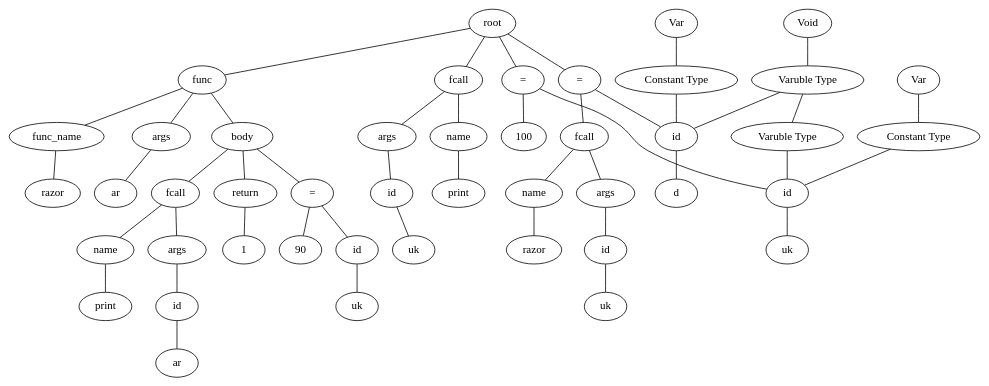
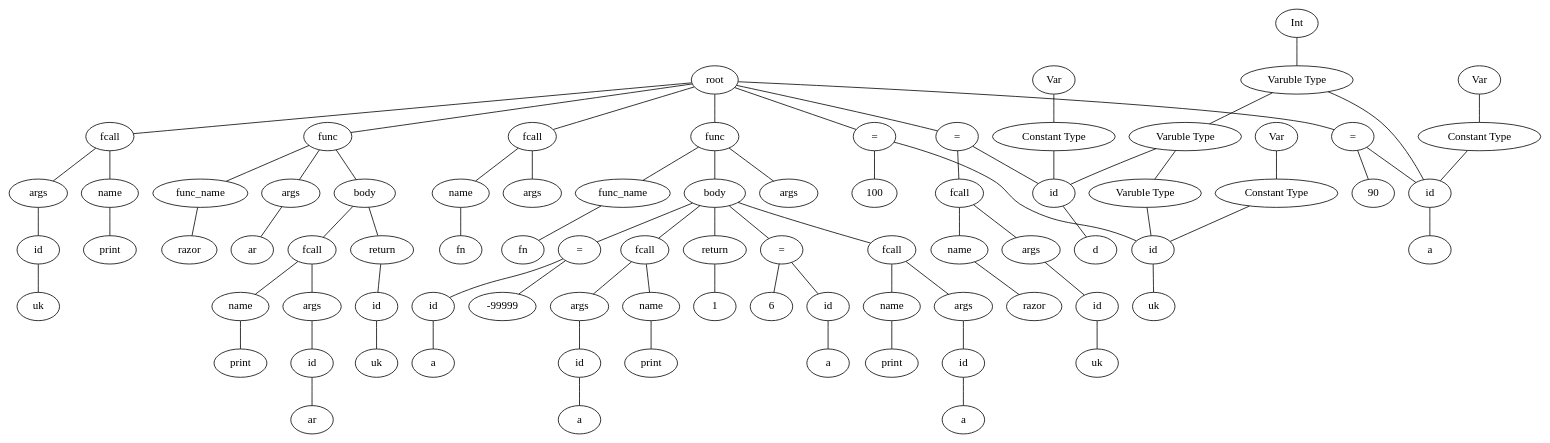
One commit to TAIIOK/SwiftCompilerToJavaByteCode changed the diagram in build/file.dot. Above: the diagram before and after it, drawn with Graphviz. The commit also changed 7 other files, not shown here.

```diff
--- a/build/file.dot
+++ b/build/file.dot
@@ -1,93 +1,165 @@
 graph graphname {
 root;
 func0[label = "func"];
 root--func0;
 func0name[label = "func_name"];
 expr0[label = "razor"];
 func0name--expr0;
 func0--func0name;
 func0args[label = " args "];
 func0 -- func0args;
 expr1[label = "ar"];
 func0args--expr1;
 func0body[label = " body "];
 func0 -- func0body;
-assign0[label = "="];
-func0body--assign0;
-expr2[label = "id"];
-assign0--expr2;
-expr3[label = "uk"];
-expr2--expr3;
-expr4[label = "90"];
-assign0--expr4;
-expr5[label = "fcall"];
-func0body--expr5;
-expr5name[label = "name"];
-expr6[label = "print"];
-expr5name--expr6;
-expr5--expr5name;
-expr5args[label = " args "];
-expr5 -- expr5args;
-expr7[label = "id"];
-expr5args--expr7;
-expr8[label = "ar"];
-expr7--expr8;
-return1[label = "return"];
-func0body--return1;
-expr9[label = "1"];
-return1--expr9;
-assign2[label = "="];
-root--assign2;
-expr10[label = "id"];
-assign2--expr10;
+expr2[label = "fcall"];
+func0body--expr2;
+expr2name[label = "name"];
+expr3[label = "print"];
+expr2name--expr3;
+expr2--expr2name;
+expr2args[label = " args "];
+expr2 -- expr2args;
+expr4[label = "id"];
+expr2args--expr4;
+expr5[label = "ar"];
+expr4--expr5;
+return0[label = "return"];
+func0body--return0;
+expr6[label = "id"];
+return0--expr6;
+expr7[label = "uk"];
+expr6--expr7;
+assign1[label = "="];
+root--assign1;
+expr8[label = "id"];
+assign1--expr8;
 type0[label = "Varuble Type"];
-type0--expr10;
+type0--expr8;
 type1[label = "Int"];
 type1--type0;
 consttype0[label = "Constant Type"];
-consttype0--expr10;
+consttype0--expr8;
 consttype1[label = "Var"];
 consttype1--consttype0;
-expr11[label = "uk"];
-expr10--expr11;
-expr12[label = "100"];
-assign2--expr12;
-assign3[label = "="];
-root--assign3;
-expr13[label = "id"];
-assign3--expr13;
+expr9[label = "uk"];
+expr8--expr9;
+expr10[label = "100"];
+assign1--expr10;
+assign2[label = "="];
+root--assign2;
+expr11[label = "id"];
+assign2--expr11;
 type1[label = "Varuble Type"];
-type1--expr13;
+type1--expr11;
 type2[label = "Void"];
 type2--type1;
 consttype2[label = "Constant Type"];
-consttype2--expr13;
+consttype2--expr11;
 consttype3[label = "Var"];
 consttype3--consttype2;
-expr14[label = "d"];
-expr13--expr14;
-expr15[label = "fcall"];
-assign3--expr15;
-expr15name[label = "name"];
-expr16[label = "razor"];
-expr15name--expr16;
-expr15--expr15name;
-expr15args[label = " args "];
-expr15 -- expr15args;
-expr17[label = "id"];
-expr15args--expr17;
-expr18[label = "uk"];
-expr17--expr18;
-expr19[label = "fcall"];
-root--expr19;
-expr19name[label = "name"];
-expr20[label = "print"];
-expr19name--expr20;
-expr19--expr19name;
-expr19args[label = " args "];
-expr19 -- expr19args;
+expr12[label = "d"];
+expr11--expr12;
+expr13[label = "fcall"];
+assign2--expr13;
+expr13name[label = "name"];
+expr14[label = "razor"];
+expr13name--expr14;
+expr13--expr13name;
+expr13args[label = " args "];
+expr13 -- expr13args;
+expr15[label = "id"];
+expr13args--expr15;
+expr16[label = "uk"];
+expr15--expr16;
+expr17[label = "fcall"];
+root--expr17;
+expr17name[label = "name"];
+expr18[label = "print"];
+expr17name--expr18;
+expr17--expr17name;
+expr17args[label = " args "];
+expr17 -- expr17args;
+expr19[label = "id"];
+expr17args--expr19;
+expr20[label = "uk"];
+expr19--expr20;
+assign3[label = "="];
+root--assign3;
 expr21[label = "id"];
-expr19args--expr21;
-expr22[label = "uk"];
+assign3--expr21;
+type2[label = "Varuble Type"];
+type2--expr21;
+type3[label = "Int"];
+type3--type2;
+consttype4[label = "Constant Type"];
+consttype4--expr21;
+consttype5[label = "Var"];
+consttype5--consttype4;
+expr22[label = "a"];
 expr21--expr22;
+expr23[label = "90"];
+assign3--expr23;
+expr24[label = "fcall"];
+root--expr24;
+expr24name[label = "name"];
+expr25[label = "fn"];
+expr24name--expr25;
+expr24--expr24name;
+expr24args[label = " args "];
+expr24 -- expr24args;
+func1[label = "func"];
+root--func1;
+func1name[label = "func_name"];
+expr26[label = "fn"];
+func1name--expr26;
+func1--func1name;
+func1args[label = " args "];
+func1 -- func1args;
+func1body[label = " body "];
+func1 -- func1body;
+assign4[label = "="];
+func1body--assign4;
+expr27[label = "id"];
+assign4--expr27;
+expr28[label = "a"];
+expr27--expr28;
+expr29[label = "6"];
+assign4--expr29;
+expr30[label = "fcall"];
+func1body--expr30;
+expr30name[label = "name"];
+expr31[label = "print"];
+expr30name--expr31;
+expr30--expr30name;
+expr30args[label = " args "];
+expr30 -- expr30args;
+expr32[label = "id"];
+expr30args--expr32;
+expr33[label = "a"];
+expr32--expr33;
+assign5[label = "="];
+func1body--assign5;
+expr34[label = "id"];
+assign5--expr34;
+expr35[label = "a"];
+expr34--expr35;
+expr36[label = "-99999"];
+assign5--expr36;
+expr37[label = "fcall"];
+func1body--expr37;
+expr37name[label = "name"];
+expr38[label = "print"];
+expr37name--expr38;
+expr37--expr37name;
+expr37args[label = " args "];
+expr37 -- expr37args;
+expr39[label = "id"];
+expr37args--expr39;
+expr40[label = "a"];
+expr39--expr40;
+return6[label = "return"];
+func1body--return6;
+expr41[label = "1"];
+return6--expr41;
 }
```
